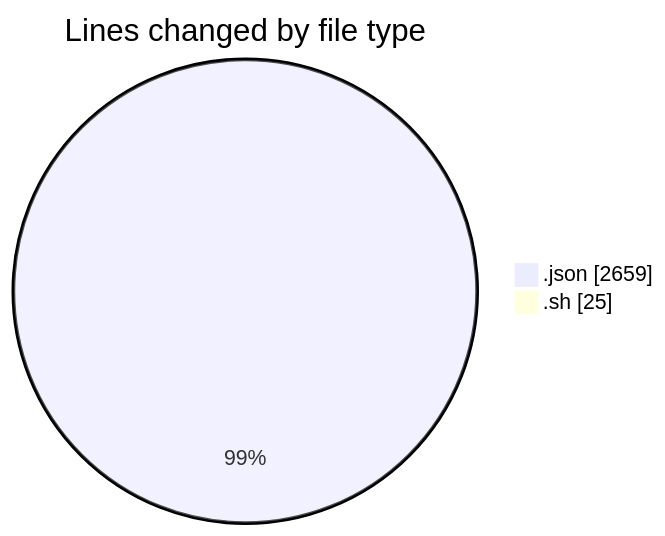
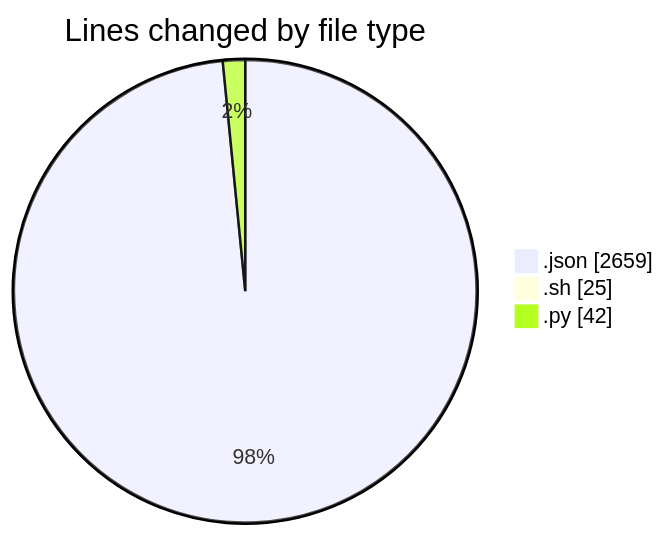
One commit to EIIisD/code-tracking changed the first of 2 diagrams in 2025-08-03/_claude/README.md. Above: the diagram before and after it, drawn with Mermaid. The commit also changed other lines of this file and 1 other file, not shown here.

````diff
--- a/2025-08-03/_claude/README.md
+++ b/2025-08-03/_claude/README.md
@@ -26,6 +27,7 @@
 ```mermaid
 pie showData
 title Lines changed by file type
 ".json" : 2659
 ".sh" : 25
+".py" : 42
 ```
````
